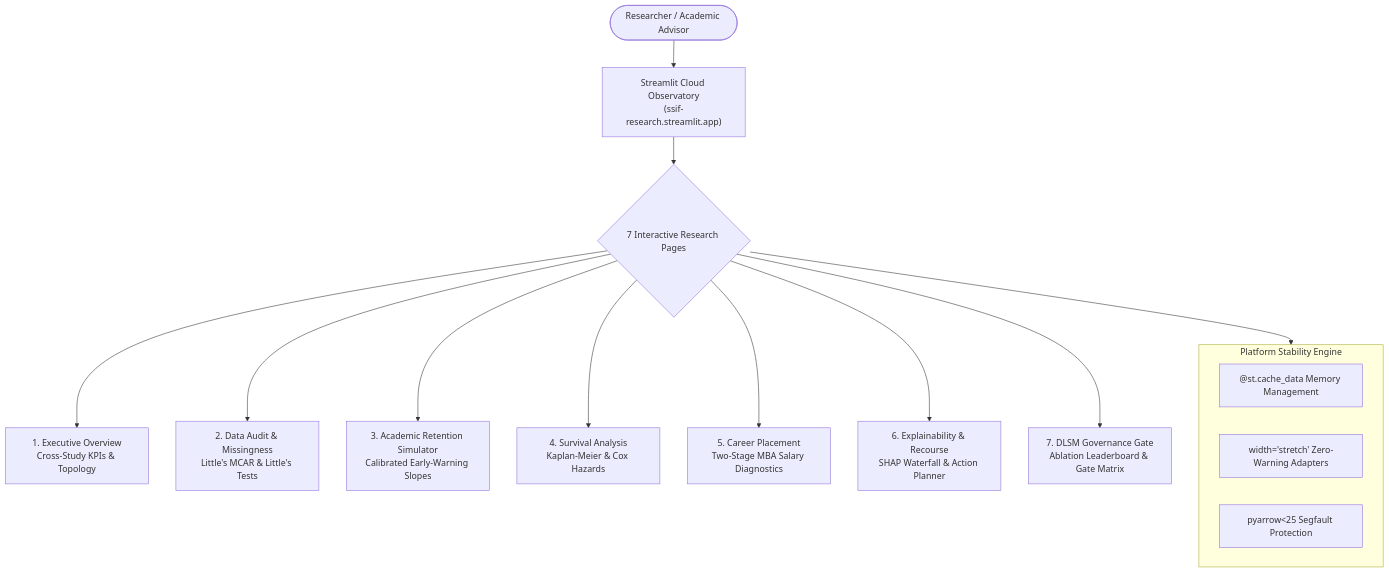
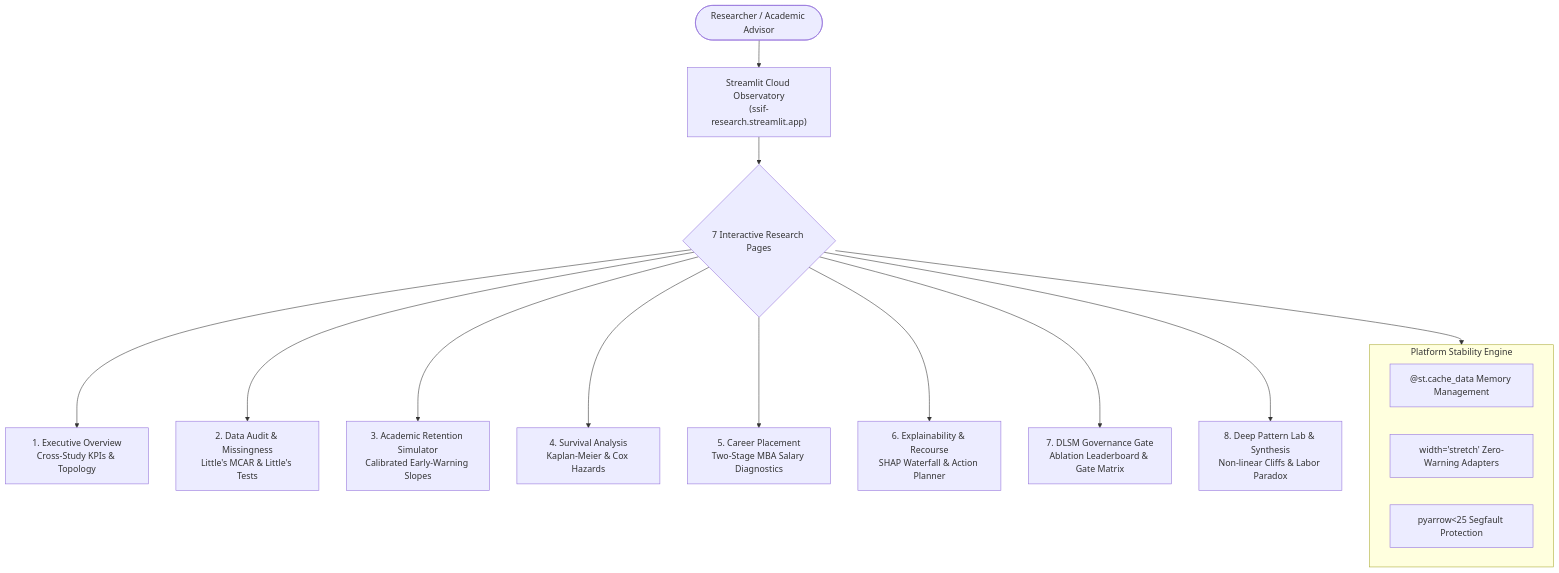
Before and after one commit to HarshkumarG007/SSIF: the ninth of 11 diagrams in README.md, drawn with Mermaid. The commit also changed other lines of this file and 4 other files, not shown here.

Commit message:
feat: deep dataset discoveries, non-linear tipping points, synthesis analytics, and interactive Pattern Lab

````diff
--- a/README.md
+++ b/README.md
@@ -622,19 +622,20 @@
 ```mermaid
 flowchart TD
     User(["Researcher / Academic Advisor"]) --> UI["Streamlit Cloud Observatory<br/>(ssif-research.streamlit.app)"]
     UI --> Router{"7 Interactive Research Pages"}
     Router --> P1["1. Executive Overview<br/>Cross-Study KPIs & Topology"]
     Router --> P2["2. Data Audit & Missingness<br/>Little's MCAR & Little's Tests"]
     Router --> P3["3. Academic Retention Simulator<br/>Calibrated Early-Warning Slopes"]
     Router --> P4["4. Survival Analysis<br/>Kaplan-Meier & Cox Hazards"]
     Router --> P5["5. Career Placement<br/>Two-Stage MBA Salary Diagnostics"]
     Router --> P6["6. Explainability & Recourse<br/>SHAP Waterfall & Action Planner"]
     Router --> P7["7. DLSM Governance Gate<br/>Ablation Leaderboard & Gate Matrix"]
+    Router --> P8["8. Deep Pattern Lab & Synthesis<br/>Non-linear Cliffs & Labor Paradox"]
     
     subgraph Platform_Protection ["Platform Stability Engine"]
         E1["@st.cache_data Memory Management"]
         E2["width='stretch' Zero-Warning Adapters"]
         E3["pyarrow<25 Segfault Protection"]
     end
     Router --> Platform_Protection
 ```
````
